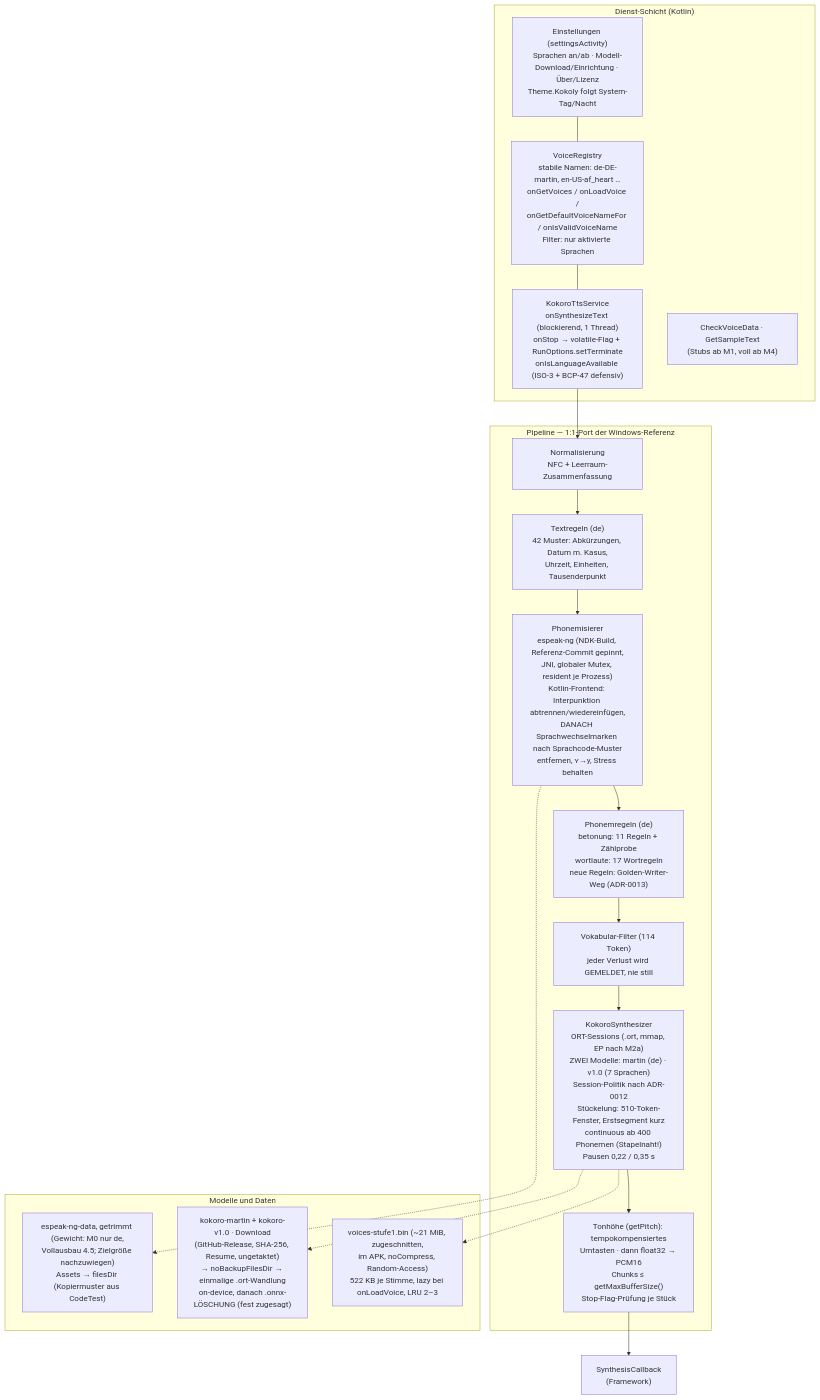
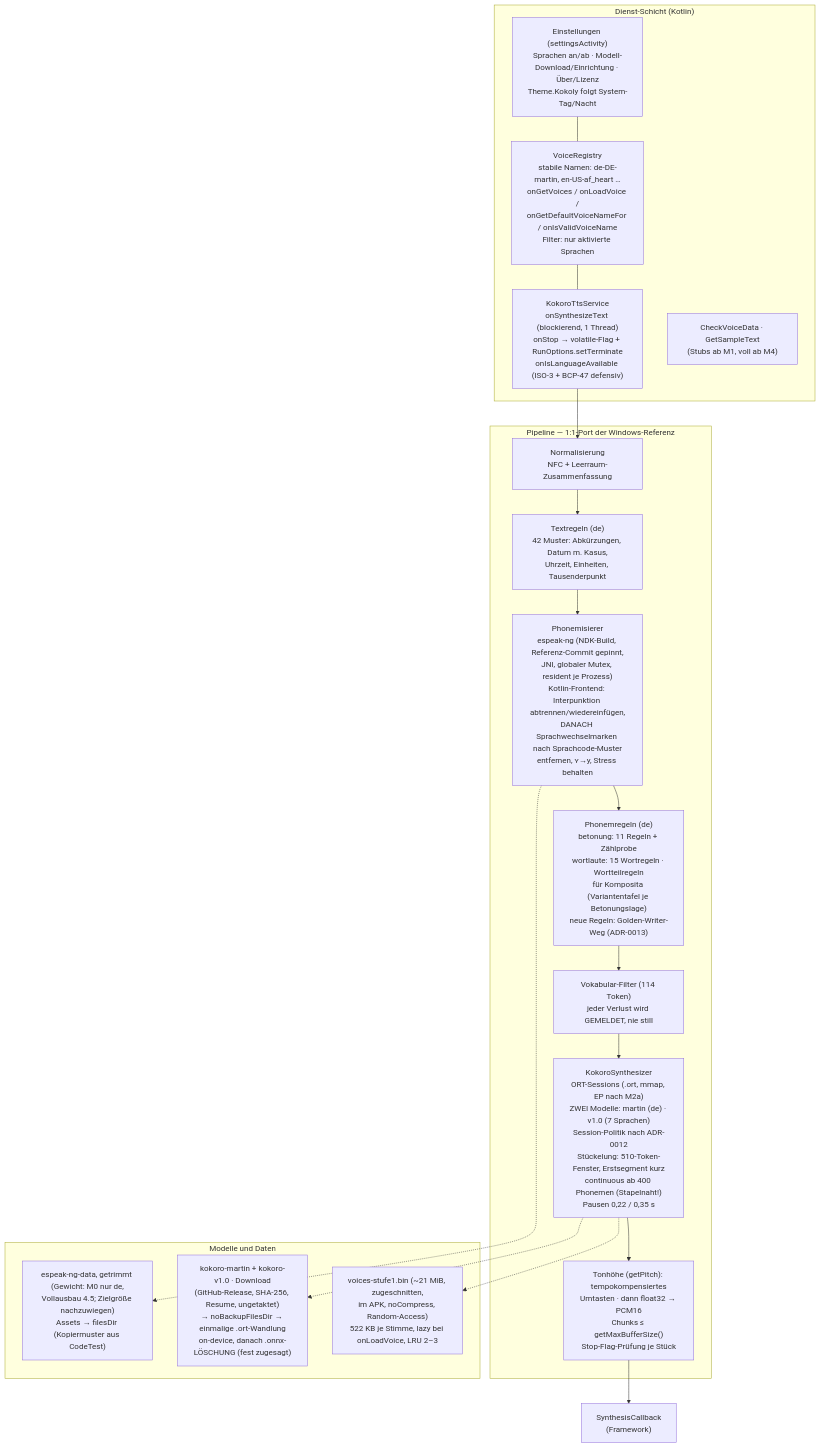
One commit to loom7/kokoly changed the second of 2 diagrams in docs/architektur.md. Above: the diagram before and after it, drawn with Mermaid. The commit also changed 13 other files, not shown here.

First line of the commit message:
feat: Wortteilregeln — »-synthese« auch in Komposita berichtigt (Nutzerfund)

````diff
--- a/docs/architektur.md
+++ b/docs/architektur.md
@@ -34,29 +34,29 @@
 ```mermaid
 flowchart TB
     subgraph SVC["Dienst-Schicht (Kotlin)"]
         TTS["KokoroTtsService<br/>onSynthesizeText (blockierend, 1 Thread)<br/>onStop → volatile-Flag + RunOptions.setTerminate<br/>onIsLanguageAvailable (ISO-3 + BCP-47 defensiv)"]
         REG["VoiceRegistry<br/>stabile Namen: de-DE-martin, en-US-af_heart …<br/>onGetVoices / onLoadVoice /<br/>onGetDefaultVoiceNameFor / onIsValidVoiceName<br/>Filter: nur aktivierte Sprachen"]
         SET["Einstellungen (settingsActivity)<br/>Sprachen an/ab · Modell-Download/Einrichtung · Über/Lizenz<br/>Theme.Kokoly folgt System-Tag/Nacht"]
         CVD["CheckVoiceData · GetSampleText<br/>(Stubs ab M1, voll ab M4)"]
     end
     subgraph PIPE["Pipeline — 1:1-Port der Windows-Referenz"]
         NORM["Normalisierung<br/>NFC + Leerraum-Zusammenfassung"]
         TXT["Textregeln (de)<br/>42 Muster: Abkürzungen, Datum m. Kasus,<br/>Uhrzeit, Einheiten, Tausenderpunkt"]
         PHON["Phonemisierer<br/>espeak-ng (NDK-Build, Referenz-Commit gepinnt,<br/>JNI, globaler Mutex, resident je Prozess)<br/>Kotlin-Frontend: Interpunktion abtrennen/wiedereinfügen,<br/>DANACH Sprachwechselmarken nach Sprachcode-Muster<br/>entfernen, ʏ→y, Stress behalten"]
-        PR["Phonemregeln (de)<br/>betonung: 11 Regeln + Zählprobe<br/>wortlaute: 17 Wortregeln<br/>neue Regeln: Golden-Writer-Weg (ADR-0013)"]
+        PR["Phonemregeln (de)<br/>betonung: 11 Regeln + Zählprobe<br/>wortlaute: 15 Wortregeln · Wortteilregeln<br/>für Komposita (Variantentafel je Betonungslage)<br/>neue Regeln: Golden-Writer-Weg (ADR-0013)"]
         VOC["Vokabular-Filter (114 Token)<br/>jeder Verlust wird GEMELDET, nie still"]
         KOK["KokoroSynthesizer<br/>ORT-Sessions (.ort, mmap, EP nach M2a)<br/>ZWEI Modelle: martin (de) · v1.0 (7 Sprachen)<br/>Session-Politik nach ADR-0012<br/>Stückelung: 510-Token-Fenster, Erstsegment kurz<br/>continuous ab 400 Phonemen (Stapelnaht!)<br/>Pausen 0,22 / 0,35 s"]
         PCM["Tonhöhe (getPitch): tempokompensiertes<br/>Umtasten · dann float32 → PCM16<br/>Chunks ≤ getMaxBufferSize()<br/>Stop-Flag-Prüfung je Stück"]
     end
     subgraph DATA["Modelle und Daten"]
         ESPD["espeak-ng-data, getrimmt (Gewicht: M0 nur de,<br/>Vollausbau 4.5; Zielgröße nachzuwiegen)<br/>Assets → filesDir (Kopiermuster aus CodeTest)"]
         MODEL["kokoro-martin + kokoro-v1.0 · Download<br/>(GitHub-Release, SHA-256, Resume, ungetaktet)<br/>→ noBackupFilesDir → einmalige .ort-Wandlung<br/>on-device, danach .onnx-LÖSCHUNG (fest zugesagt)"]
         VOI["voices-stufe1.bin (~21 MiB, zugeschnitten,<br/>im APK, noCompress, Random-Access)<br/>522 KB je Stimme, lazy bei onLoadVoice, LRU 2–3"]
     end
     TTS --> NORM --> TXT --> PHON --> PR --> VOC --> KOK --> PCM --> CB["SynthesisCallback<br/>(Framework)"]
     REG --- TTS
     SET --- REG
     PHON -.-> ESPD
     KOK -.-> MODEL
     KOK -.-> VOI
 ```
````
